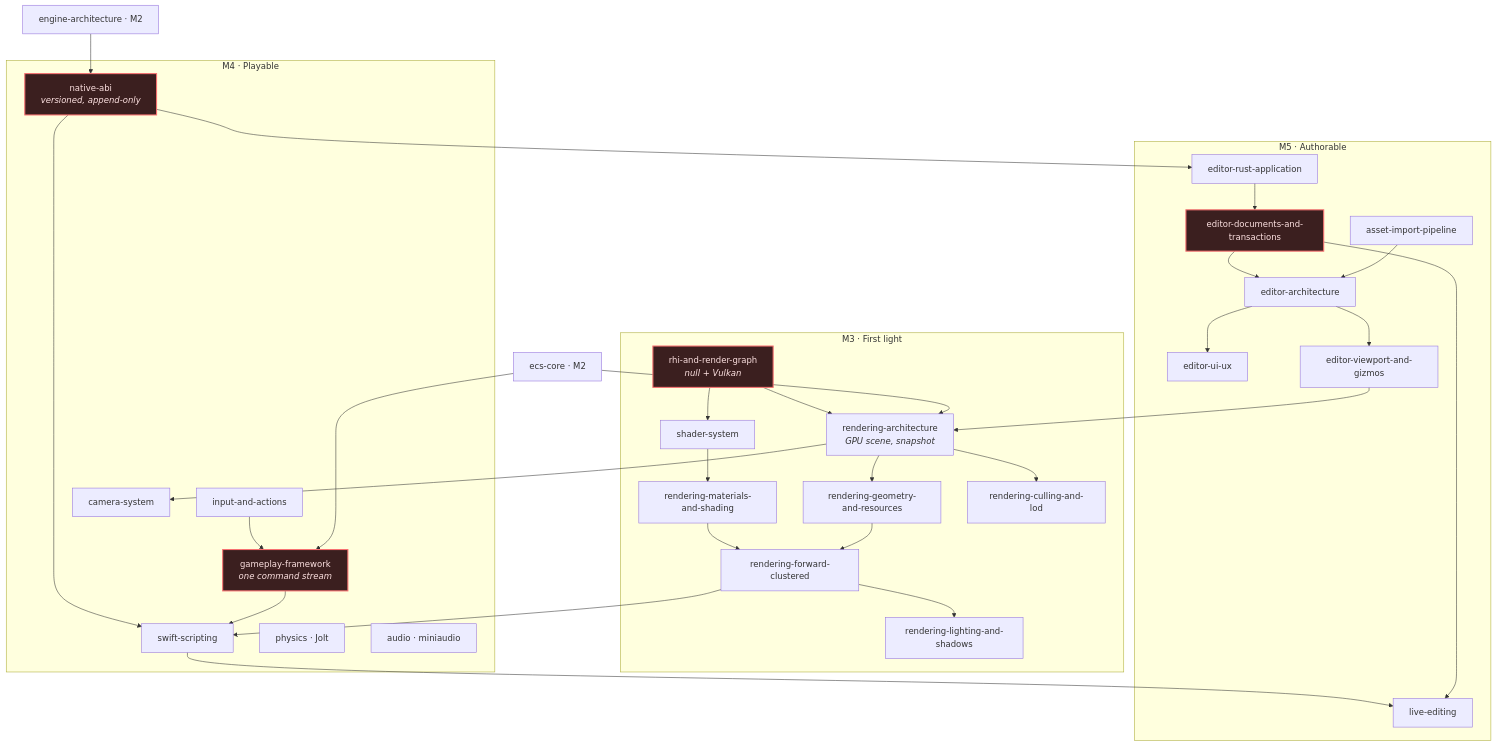
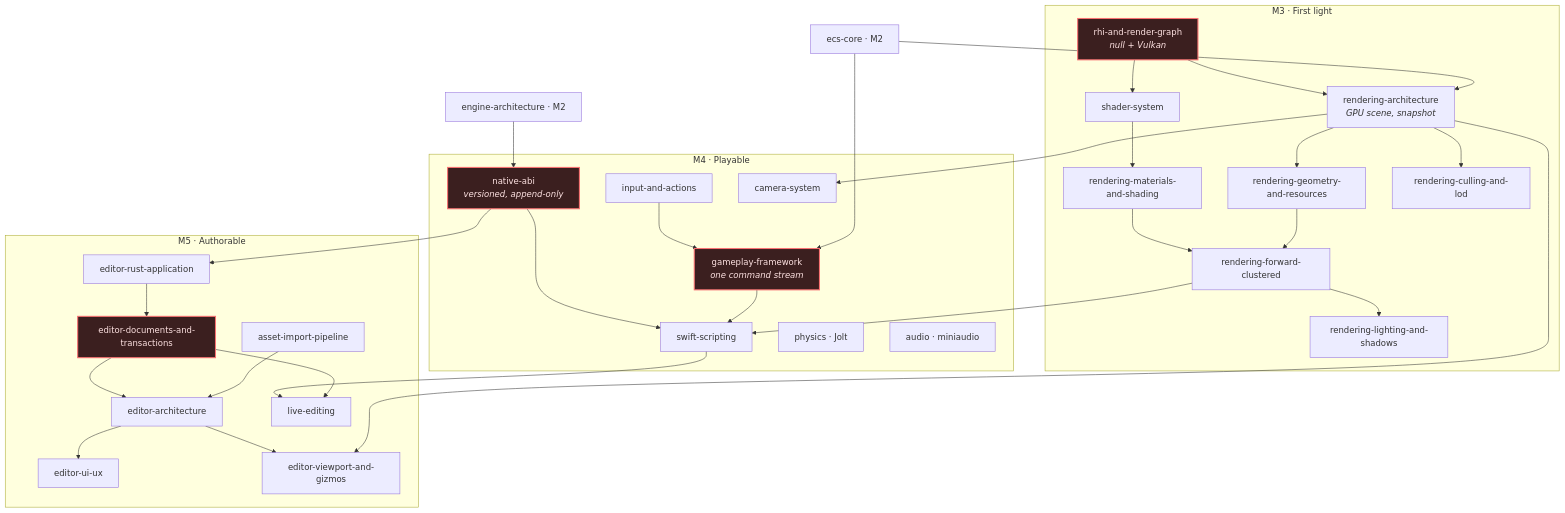
The second of 4 diagrams in docs/roadmap/dependencies.md (CyberdyneCorp/CyberdyneEngine), drawn with Mermaid before and after one commit. The commit also changed 65 other files, not shown here.

````diff
--- a/docs/roadmap/dependencies.md
+++ b/docs/roadmap/dependencies.md
@@ -67,44 +67,44 @@
 ```mermaid
 flowchart TB
     subgraph M3["M3 · First light"]
         RHI["rhi-and-render-graph<br/><i>null + Vulkan</i>"] --> SHADER["shader-system"]
         RHI --> RARCH["rendering-architecture<br/><i>GPU scene, snapshot</i>"]
         SHADER --> MAT["rendering-materials-and-shading"]
         RARCH --> GEO["rendering-geometry-and-resources"]
         MAT --> FWD["rendering-forward-clustered"]
         GEO --> FWD
         FWD --> LIGHT["rendering-lighting-and-shadows"]
         RARCH --> CULL["rendering-culling-and-lod"]
     end
 
     subgraph M4["M4 · Playable"]
         ABI["native-abi<br/><i>versioned, append-only</i>"] --> SWIFT["swift-scripting"]
         INPUT["input-and-actions"] --> GF["gameplay-framework<br/><i>one command stream</i>"]
         PHYS["physics · Jolt"]
         CAM["camera-system"]
         AUD["audio · miniaudio"]
     end
 
     subgraph M5["M5 · Authorable"]
         EDAPP["editor-rust-application"] --> EDDOC["editor-documents-and-transactions"]
         EDDOC --> EDARCH["editor-architecture"]
         EDARCH --> EDUX["editor-ui-ux"]
         EDARCH --> VIEW["editor-viewport-and-gizmos"]
         IMPORT["asset-import-pipeline"] --> EDARCH
         LIVE["live-editing"]
     end
 
     ECS2["ecs-core · M2"] --> RARCH
     ECS2 --> GF
     ARCH2["engine-architecture · M2"] --> ABI
     FWD --> SWIFT
     RARCH --> CAM
     GF --> SWIFT
     ABI --> EDAPP
-    VIEW --> RARCH
+    RARCH --> VIEW
     SWIFT --> LIVE
     EDDOC --> LIVE
 
     classDef inv fill:#3b1f1f,stroke:#f87171,stroke-width:2px,color:#fee2e2
     class RHI,ABI,GF,EDDOC inv
 ```
````
